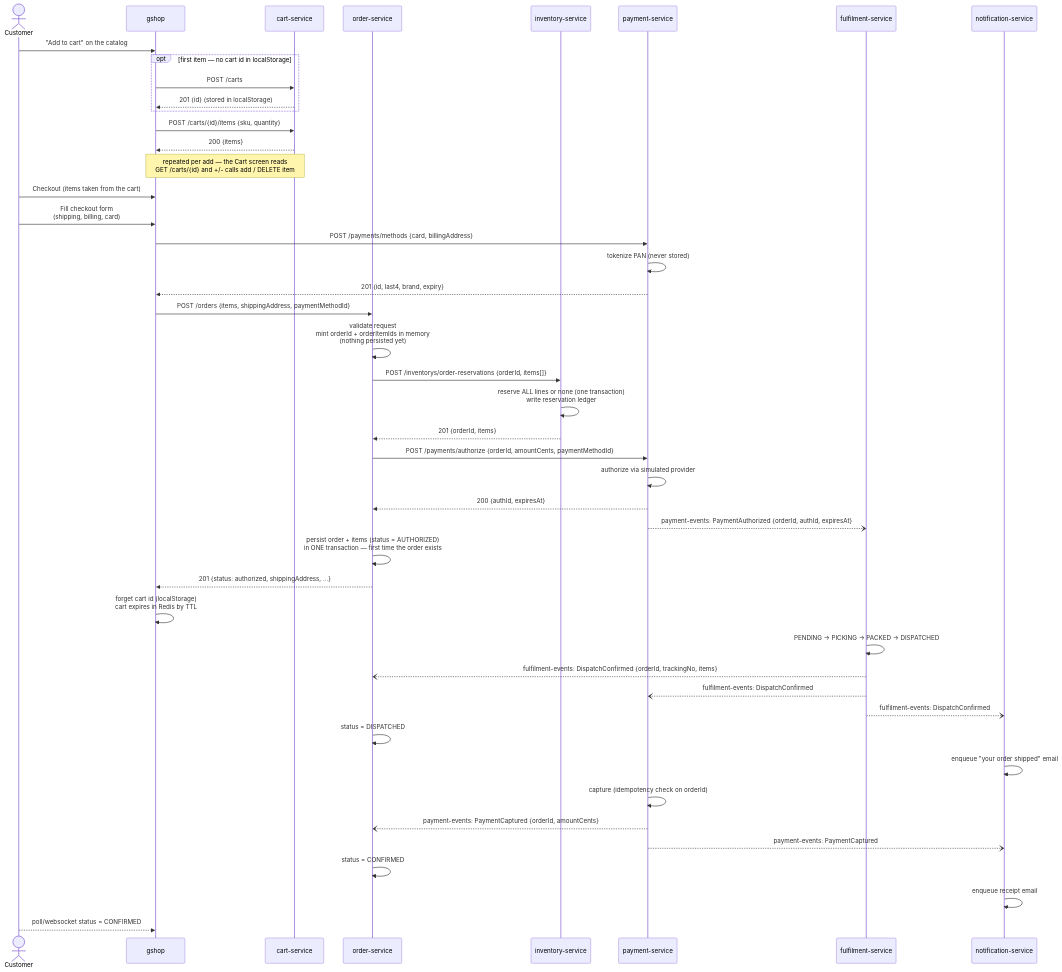
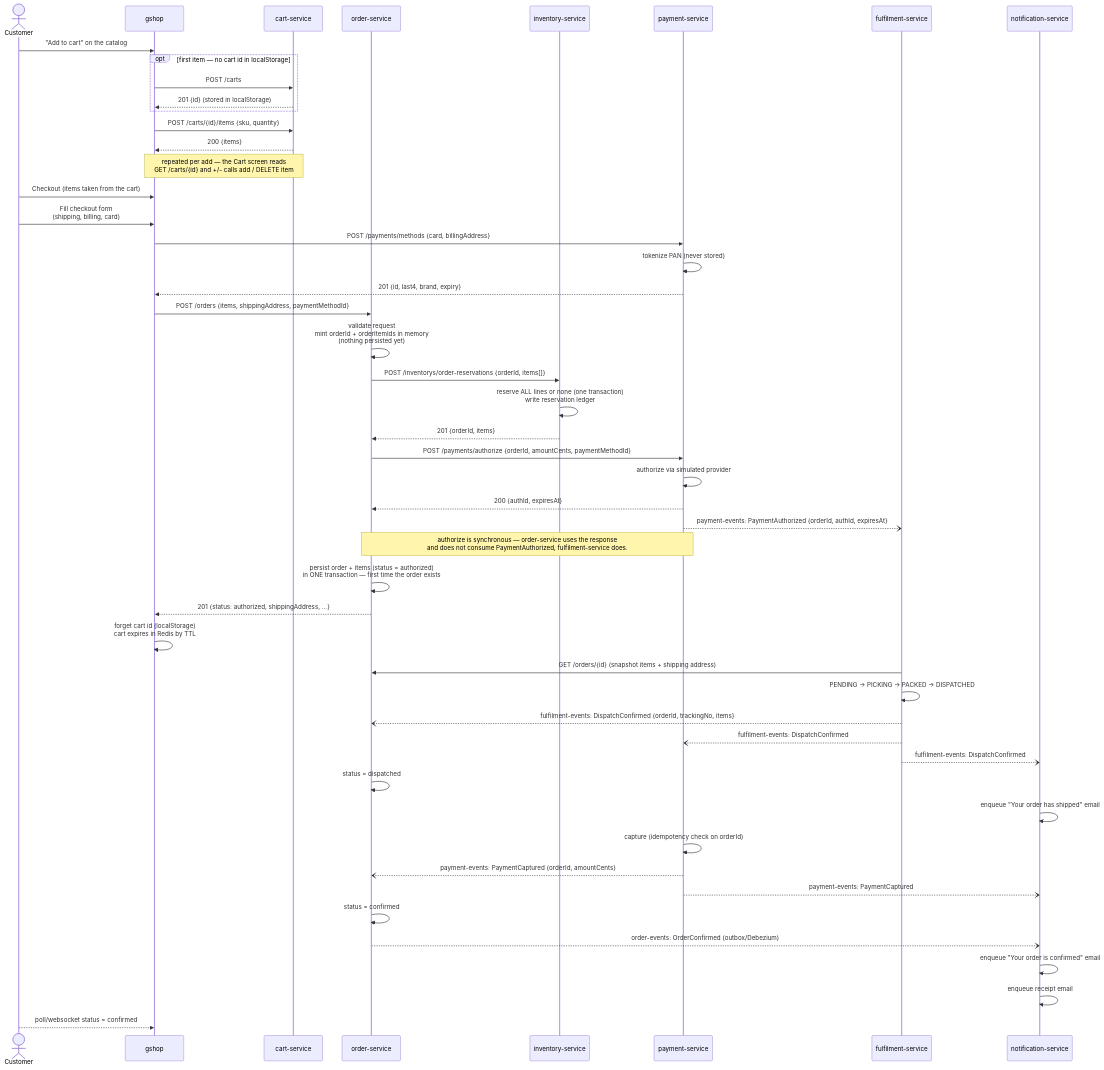
Before and after one commit to beckfordp/gluon: the diagram in docs/diagrams/checkout-happy-path.mmd, drawn with Mermaid. The commit also changed 15 other files, not shown here.

Commit message:
docs(diagrams): Refresh diagrams to current design

```diff
--- a/docs/diagrams/checkout-happy-path.mmd
+++ b/docs/diagrams/checkout-happy-path.mmd
@@ -1,47 +1,51 @@
 sequenceDiagram
     actor C as Customer
     participant G as gshop
     participant K as cart-service
     participant O as order-service
     participant I as inventory-service
     participant P as payment-service
     participant F as fulfilment-service
     participant N as notification-service
 
     C->>G: "Add to cart" on the catalog
     opt first item — no cart id in localStorage
         G->>K: POST /carts
         K-->>G: 201 {id} (stored in localStorage)
     end
     G->>K: POST /carts/{id}/items {sku, quantity}
     K-->>G: 200 {items}
     Note over G,K: repeated per add — the Cart screen reads<br/>GET /carts/{id} and +/- calls add / DELETE item
     C->>G: Checkout (items taken from the cart)
     C->>G: Fill checkout form<br/>(shipping, billing, card)
     G->>P: POST /payments/methods {card, billingAddress}
     P->>P: tokenize PAN (never stored)
     P-->>G: 201 {id, last4, brand, expiry}
     G->>O: POST /orders {items, shippingAddress, paymentMethodId}
     O->>O: validate request<br/>mint orderId + orderItemIds in memory<br/>(nothing persisted yet)
     O->>I: POST /inventorys/order-reservations {orderId, items[]}
     I->>I: reserve ALL lines or none (one transaction)<br/>write reservation ledger
     I-->>O: 201 {orderId, items}
     O->>P: POST /payments/authorize {orderId, amountCents, paymentMethodId}
     P->>P: authorize via simulated provider
     P-->>O: 200 {authId, expiresAt}
     P--)F: payment-events: PaymentAuthorized {orderId, authId, expiresAt}
-    O->>O: persist order + items (status = AUTHORIZED)<br/>in ONE transaction — first time the order exists
+    Note over O,P: authorize is synchronous — order-service uses the response<br/>and does not consume PaymentAuthorized, fulfilment-service does.
+    O->>O: persist order + items (status = authorized)<br/>in ONE transaction — first time the order exists
     O-->>G: 201 {status: authorized, shippingAddress, ...}
     G->>G: forget cart id (localStorage)<br/>cart expires in Redis by TTL
+    F->>O: GET /orders/{id} (snapshot items + shipping address)
     F->>F: PENDING → PICKING → PACKED → DISPATCHED
     F--)O: fulfilment-events: DispatchConfirmed {orderId, trackingNo, items}
     F--)P: fulfilment-events: DispatchConfirmed
     F--)N: fulfilment-events: DispatchConfirmed
-    O->>O: status = DISPATCHED
-    N->>N: enqueue "your order shipped" email
+    O->>O: status = dispatched
+    N->>N: enqueue "Your order has shipped" email
     P->>P: capture (idempotency check on orderId)
     P--)O: payment-events: PaymentCaptured {orderId, amountCents}
     P--)N: payment-events: PaymentCaptured
-    O->>O: status = CONFIRMED
+    O->>O: status = confirmed
+    O--)N: order-events: OrderConfirmed (outbox/Debezium)
+    N->>N: enqueue "Your order is confirmed" email
     N->>N: enqueue receipt email
-    C-->>G: poll/websocket status = CONFIRMED
+    C-->>G: poll/websocket status = confirmed
```
